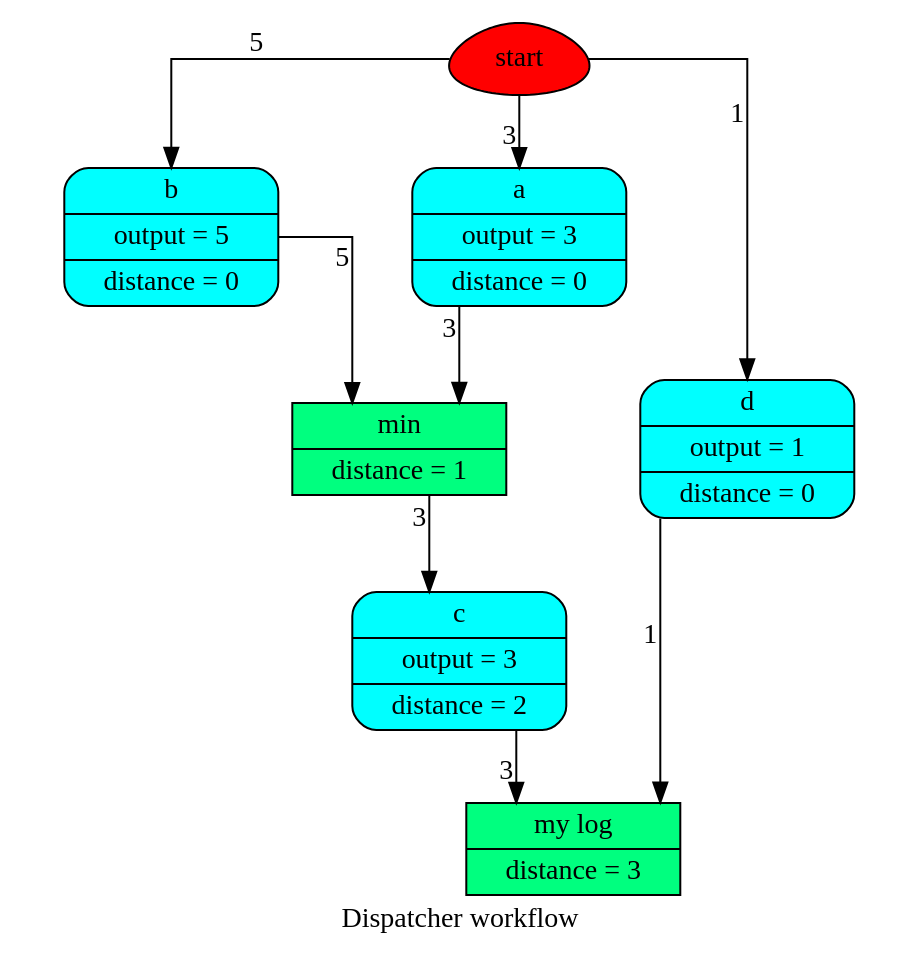
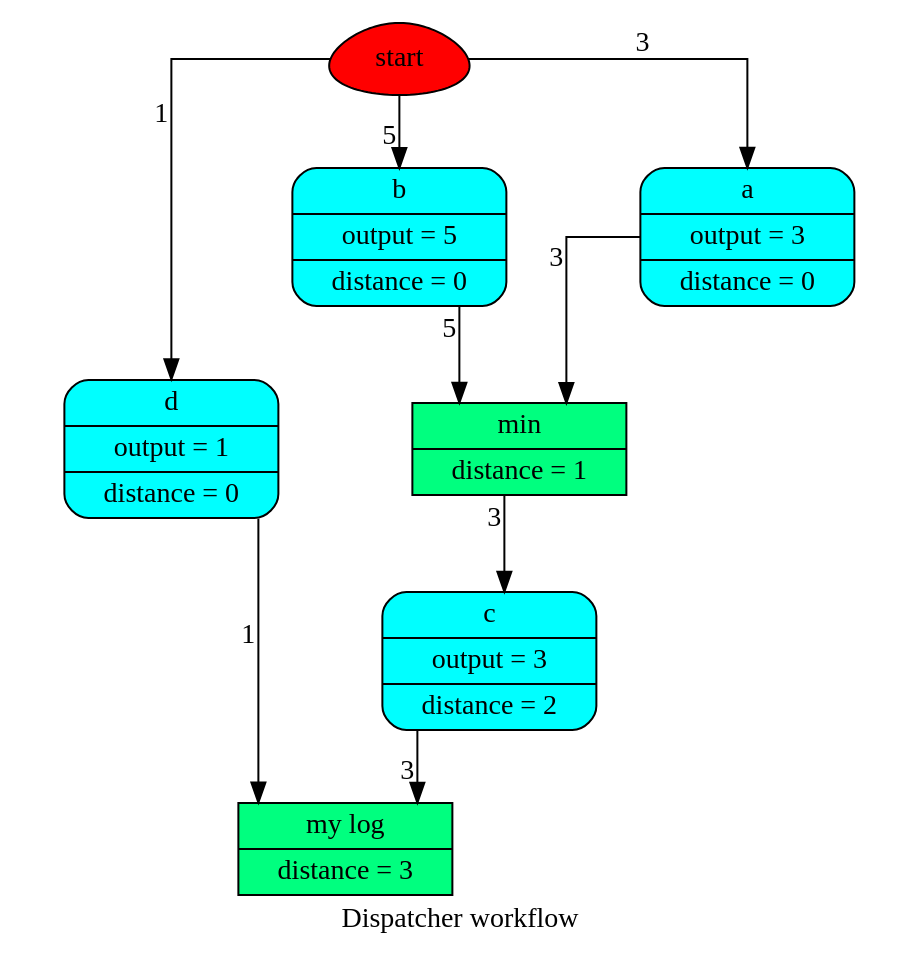
One commit to vinci1it2000/schedula changed the diagram in doc/dispatcher/__init__/dispatch/wf3.dot. Above: the diagram before and after it, drawn with Graphviz. The commit also changed 24 other files, not shown here.

```diff
--- a/doc/dispatcher/__init__/dispatch/wf3.dot
+++ b/doc/dispatcher/__init__/dispatch/wf3.dot
@@ -1,21 +1,21 @@
 digraph Dispatcher {
 	graph [ratio=1]
 	node [style=filled]
+	label = "Dispatcher workflow"
 	splines = ortho
-	label = "Dispatcher workflow"
-		Dispatcher_78779400 [label=start fillcolor=red shape=egg]
-		Dispatcher_8507467875211108663 [label="{ my log | distance = 3 }" fillcolor=springgreen shape=record]
-		Dispatcher_5731122394292607163 [label="{ b | output = 5 | distance = 0 }" fillcolor=cyan shape=Mrecord]
-		Dispatcher_8290813521182058041 [label="{ min | distance = 1 }" fillcolor=springgreen shape=record]
-		Dispatcher_5471397706553619705 [label="{ d | output = 1 | distance = 0 }" fillcolor=cyan shape=Mrecord]
-		Dispatcher_6978204315916669291 [label="{ a | output = 3 | distance = 0 }" fillcolor=cyan shape=Mrecord]
-		"Dispatcher_-9068828303841174803" [label="{ c | output = 3 | distance = 2 }" fillcolor=cyan shape=Mrecord]
-			Dispatcher_5731122394292607163 -> Dispatcher_8290813521182058041 [xlabel=5]
-			Dispatcher_8290813521182058041 -> "Dispatcher_-9068828303841174803" [xlabel=3]
-			Dispatcher_78779400 -> Dispatcher_5471397706553619705 [xlabel=1]
-			Dispatcher_78779400 -> Dispatcher_6978204315916669291 [xlabel=3]
-			Dispatcher_78779400 -> Dispatcher_5731122394292607163 [xlabel=5]
-			Dispatcher_5471397706553619705 -> Dispatcher_8507467875211108663 [xlabel=1]
-			Dispatcher_6978204315916669291 -> Dispatcher_8290813521182058041 [xlabel=3]
-			"Dispatcher_-9068828303841174803" -> Dispatcher_8507467875211108663 [xlabel=3]
+		Dispatcher_78382088 [label=start fillcolor=red shape=egg]
+		Dispatcher_7064534807064601008 [label="{ min | distance = 1 }" fillcolor=springgreen shape=record]
+		Dispatcher_2454507358469954929 [label="{ d | output = 1 | distance = 0 }" fillcolor=cyan shape=Mrecord]
+		Dispatcher_6185816497042703556 [label="{ b | output = 5 | distance = 0 }" fillcolor=cyan shape=Mrecord]
+		"Dispatcher_-6053996528196385240" [label="{ c | output = 3 | distance = 2 }" fillcolor=cyan shape=Mrecord]
+		"Dispatcher_-4696413066832825702" [label="{ my log | distance = 3 }" fillcolor=springgreen shape=record]
+		Dispatcher_2203997267912285163 [label="{ a | output = 3 | distance = 0 }" fillcolor=cyan shape=Mrecord]
+			Dispatcher_7064534807064601008 -> "Dispatcher_-6053996528196385240" [xlabel=3]
+			Dispatcher_2454507358469954929 -> "Dispatcher_-4696413066832825702" [xlabel=1]
+			Dispatcher_6185816497042703556 -> Dispatcher_7064534807064601008 [xlabel=5]
+			"Dispatcher_-6053996528196385240" -> "Dispatcher_-4696413066832825702" [xlabel=3]
+			Dispatcher_78382088 -> Dispatcher_2454507358469954929 [xlabel=1]
+			Dispatcher_78382088 -> Dispatcher_2203997267912285163 [xlabel=3]
+			Dispatcher_78382088 -> Dispatcher_6185816497042703556 [xlabel=5]
+			Dispatcher_2203997267912285163 -> Dispatcher_7064534807064601008 [xlabel=3]
 }
```
